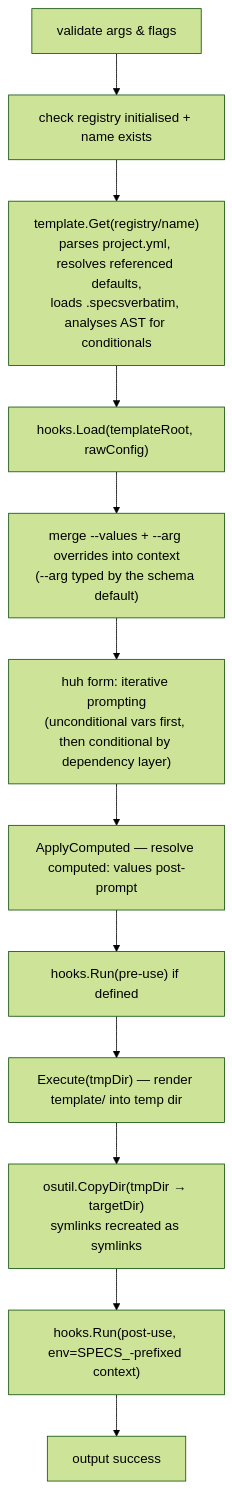
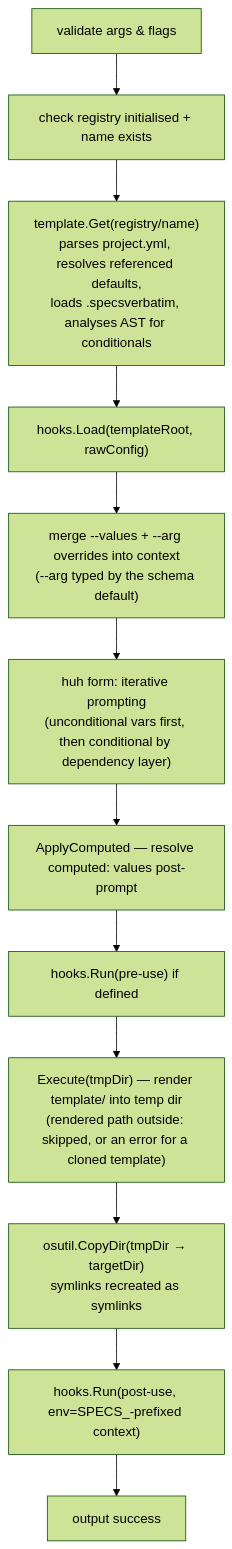
One commit to specsnl/specs-cli changed the first of 4 diagrams in docs/content/docs/architecture/overview.md. Above: the diagram before and after it, drawn with Mermaid (forest theme). The commit also changed other lines of this file and 4 other files, not shown here.

Commit message:
docs: document the rendered-path bounds check (GH-183)

````diff
--- a/docs/content/docs/architecture/overview.md
+++ b/docs/content/docs/architecture/overview.md
@@ -201,14 +201,14 @@
 ```mermaid
 flowchart TD
     A[validate args & flags] --> B[check registry initialised + name exists]
     B --> C["template.Get(registry/name)\nparses project.yml, resolves referenced defaults,\nloads .specsverbatim, analyses AST for conditionals"]
     C --> D["hooks.Load(templateRoot, rawConfig)"]
     D --> E["merge --values + --arg overrides into context\n(--arg typed by the schema default)"]
     E --> F["huh form: iterative prompting\n(unconditional vars first, then conditional by dependency layer)"]
     F --> G["ApplyComputed — resolve computed: values post-prompt"]
     G --> H["hooks.Run(pre-use) if defined"]
-    H --> I["Execute(tmpDir) — render template/ into temp dir"]
+    H --> I["Execute(tmpDir) — render template/ into temp dir\n(rendered path outside: skipped, or an error for a cloned template)"]
     I --> J["osutil.CopyDir(tmpDir → targetDir)\nsymlinks recreated as symlinks"]
     J --> K["hooks.Run(post-use, env=SPECS_-prefixed context)"]
     K --> L[output success]
 ```
````
